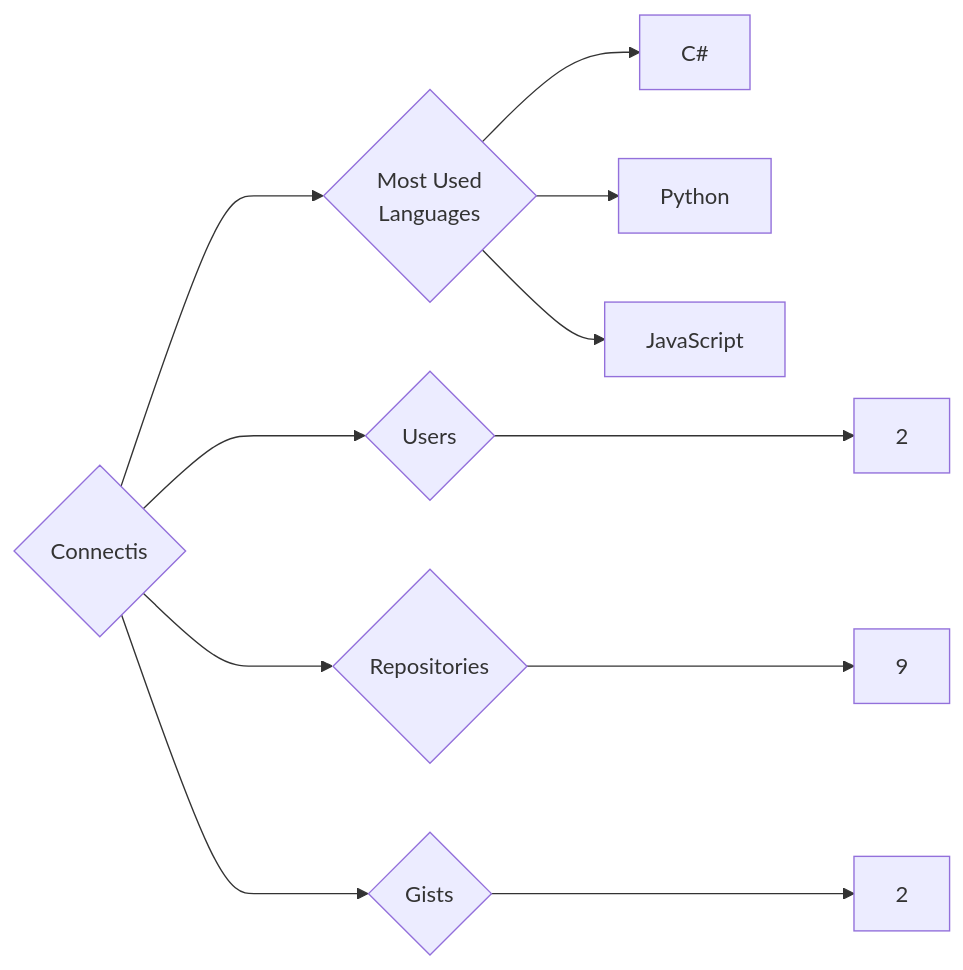
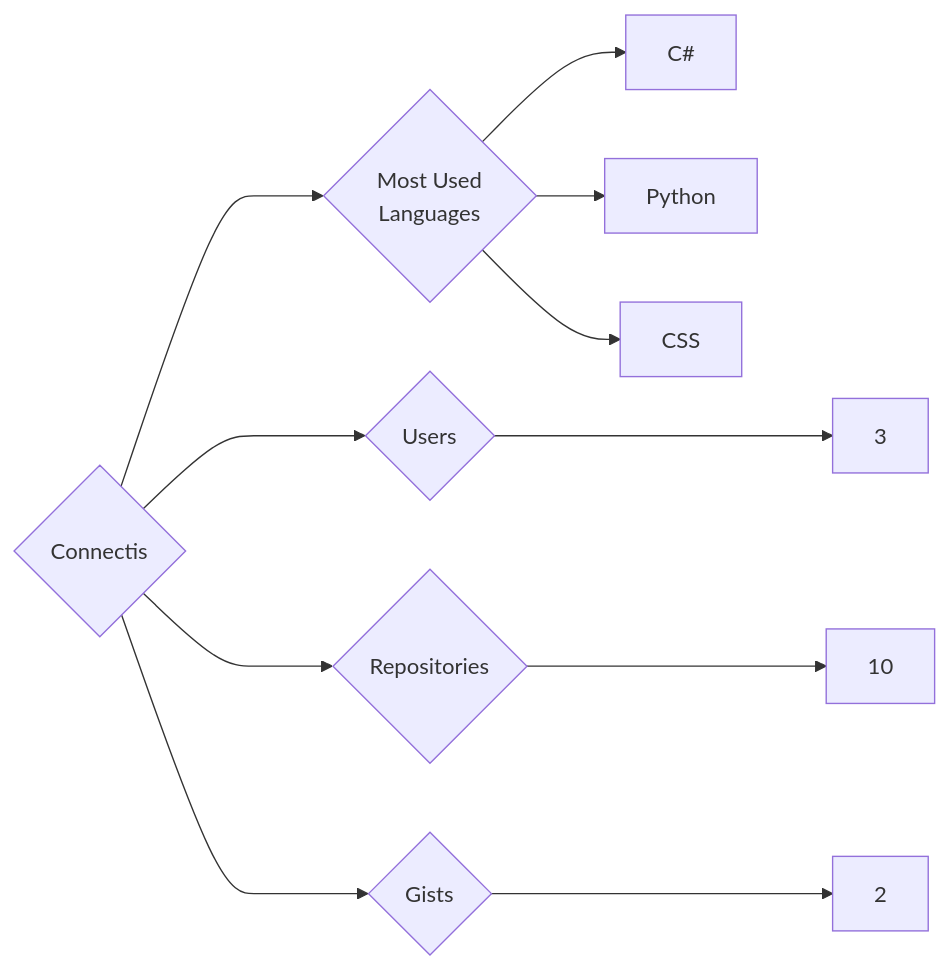
Before and after one commit to trickest/insiders: the diagram in targets/Connectis/README.md, drawn with Mermaid. The commit also changed 1007 other files, not shown here.

````diff
--- a/targets/Connectis/README.md
+++ b/targets/Connectis/README.md
@@ -3,11 +3,11 @@
 ```mermaid
 graph LR
 COMPANY_NAME{Connectis}
-COMPANY_NAME ---> U{Users} ---> UN[2]
-COMPANY_NAME ---> R{Repositories} ---> RN[9]
+COMPANY_NAME ---> U{Users} ---> UN[3]
+COMPANY_NAME ---> R{Repositories} ---> RN[10]
 COMPANY_NAME ---> G{Gists} ---> GN[2]
 COMPANY_NAME ---> ML{Most Used<br>Languages}
 ML --> C#[C#]
 ML --> Python[Python]
-ML --> JavaScript[JavaScript]
+ML --> CSS[CSS]
 ```
````
